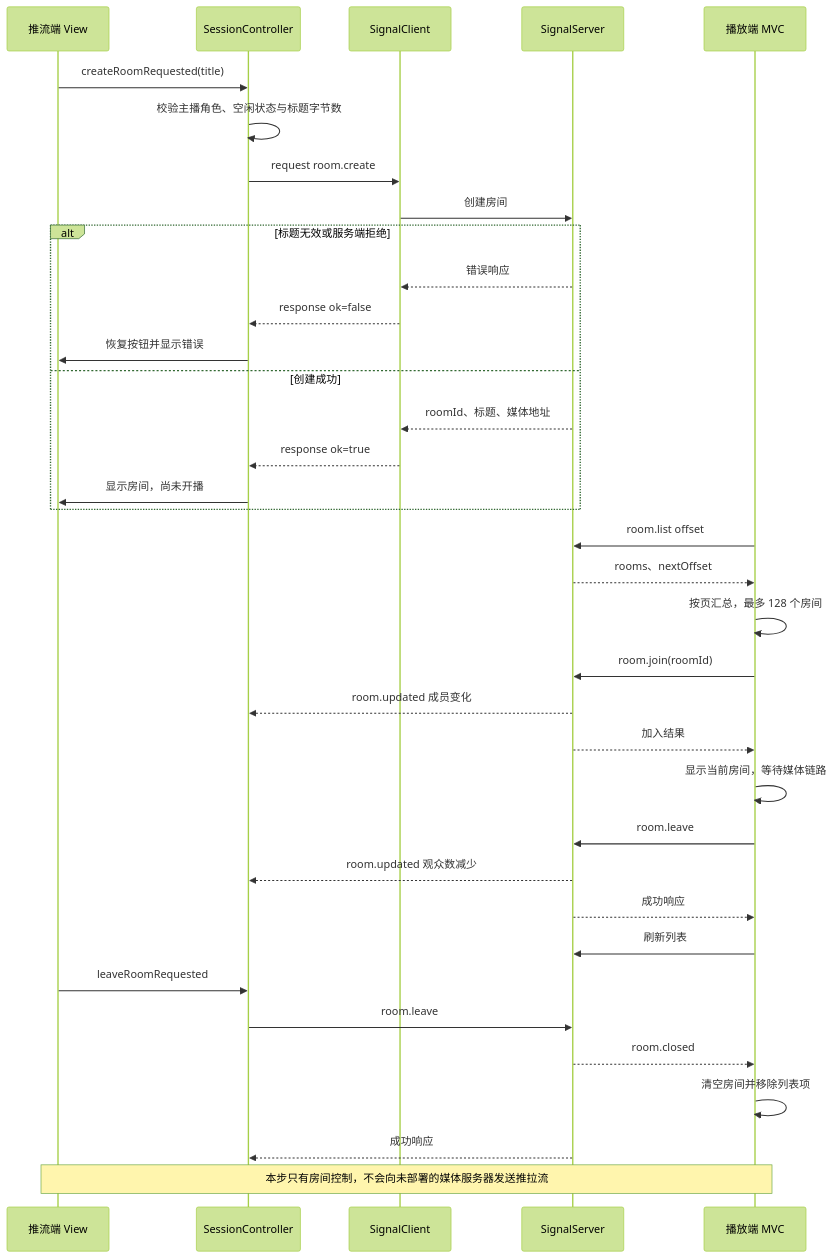
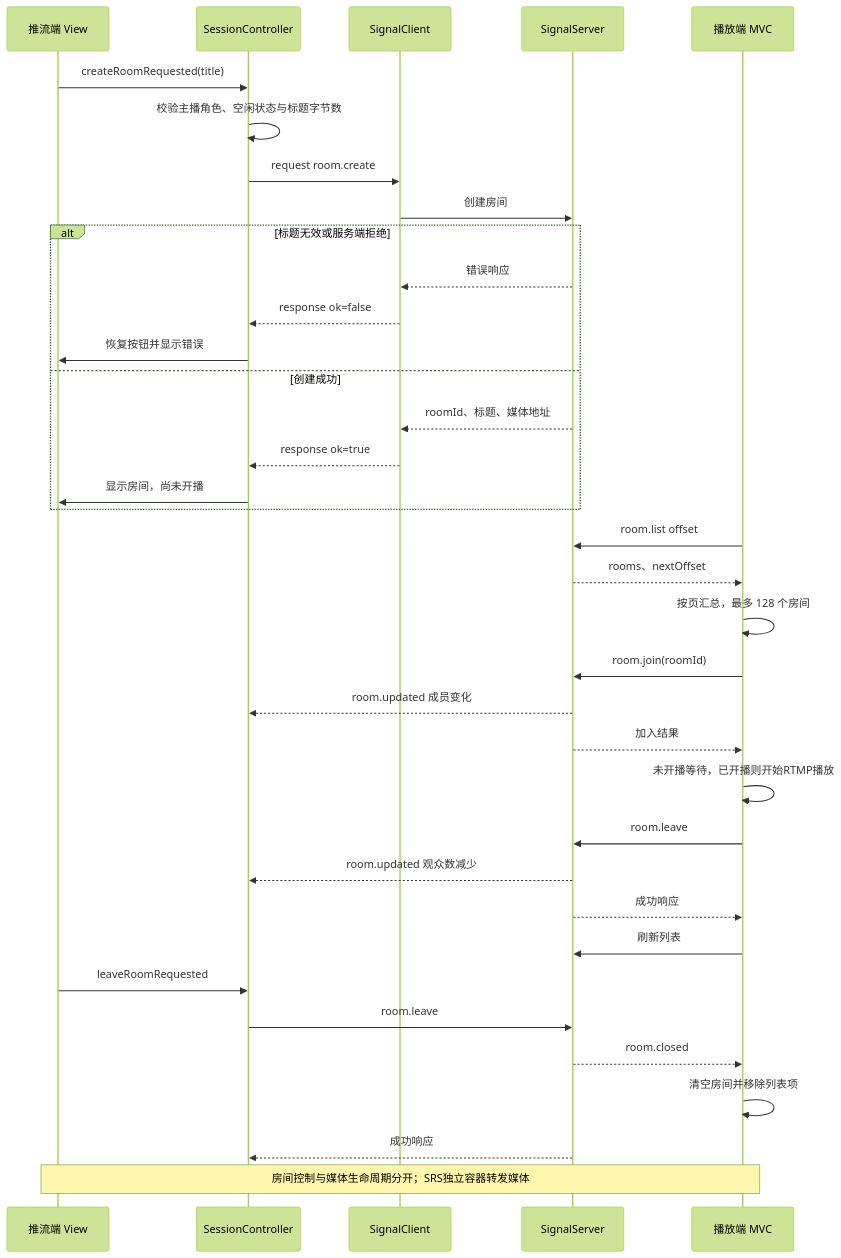
One commit to kingsman-svg/OBS changed the diagram in docs/uml/client-room.mmd. Above: the diagram before and after it, drawn with Mermaid (forest theme). The commit also changed 61 other files, not shown here.

```diff
--- a/docs/uml/client-room.mmd
+++ b/docs/uml/client-room.mmd
@@ -1,36 +1,36 @@
 sequenceDiagram
 participant H as 推流端 View
 participant C as SessionController
 participant N as SignalClient
 participant S as SignalServer
 participant P as 播放端 MVC
 H->>C: createRoomRequested(title)
 C->>C: 校验主播角色、空闲状态与标题字节数
 C->>N: request room.create
 N->>S: 创建房间
 alt 标题无效或服务端拒绝
 S-->>N: 错误响应
 N-->>C: response ok=false
 C->>H: 恢复按钮并显示错误
 else 创建成功
 S-->>N: roomId、标题、媒体地址
 N-->>C: response ok=true
 C->>H: 显示房间，尚未开播
 end
 P->>S: room.list offset
 S-->>P: rooms、nextOffset
 P->>P: 按页汇总，最多 128 个房间
 P->>S: room.join(roomId)
 S-->>C: room.updated 成员变化
 S-->>P: 加入结果
-P->>P: 显示当前房间，等待媒体链路
+P->>P: 未开播等待，已开播则开始RTMP播放
 P->>S: room.leave
 S-->>C: room.updated 观众数减少
 S-->>P: 成功响应
 P->>S: 刷新列表
 H->>C: leaveRoomRequested
 C->>S: room.leave
 S-->>P: room.closed
 P->>P: 清空房间并移除列表项
 S-->>C: 成功响应
-Note over H,P: 本步只有房间控制，不会向未部署的媒体服务器发送推拉流
+Note over H,P: 房间控制与媒体生命周期分开；SRS独立容器转发媒体
```
